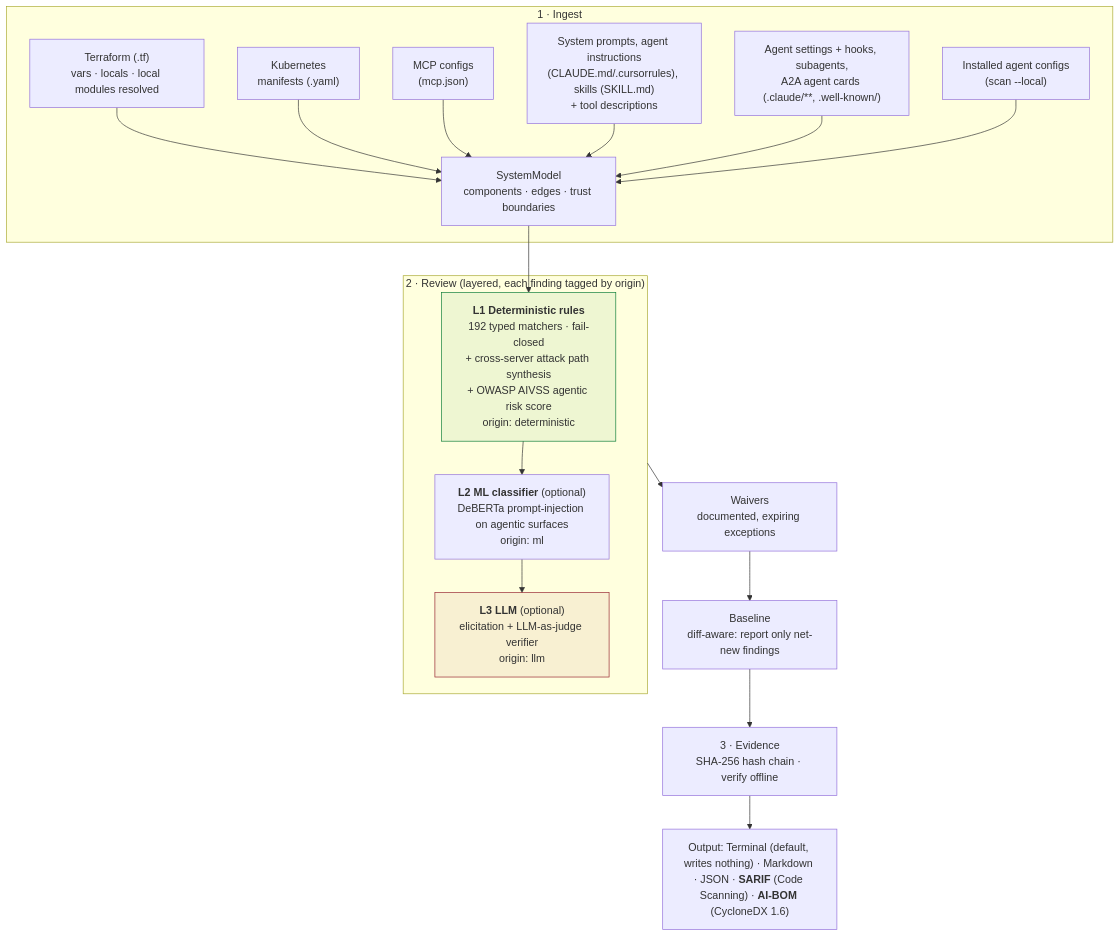
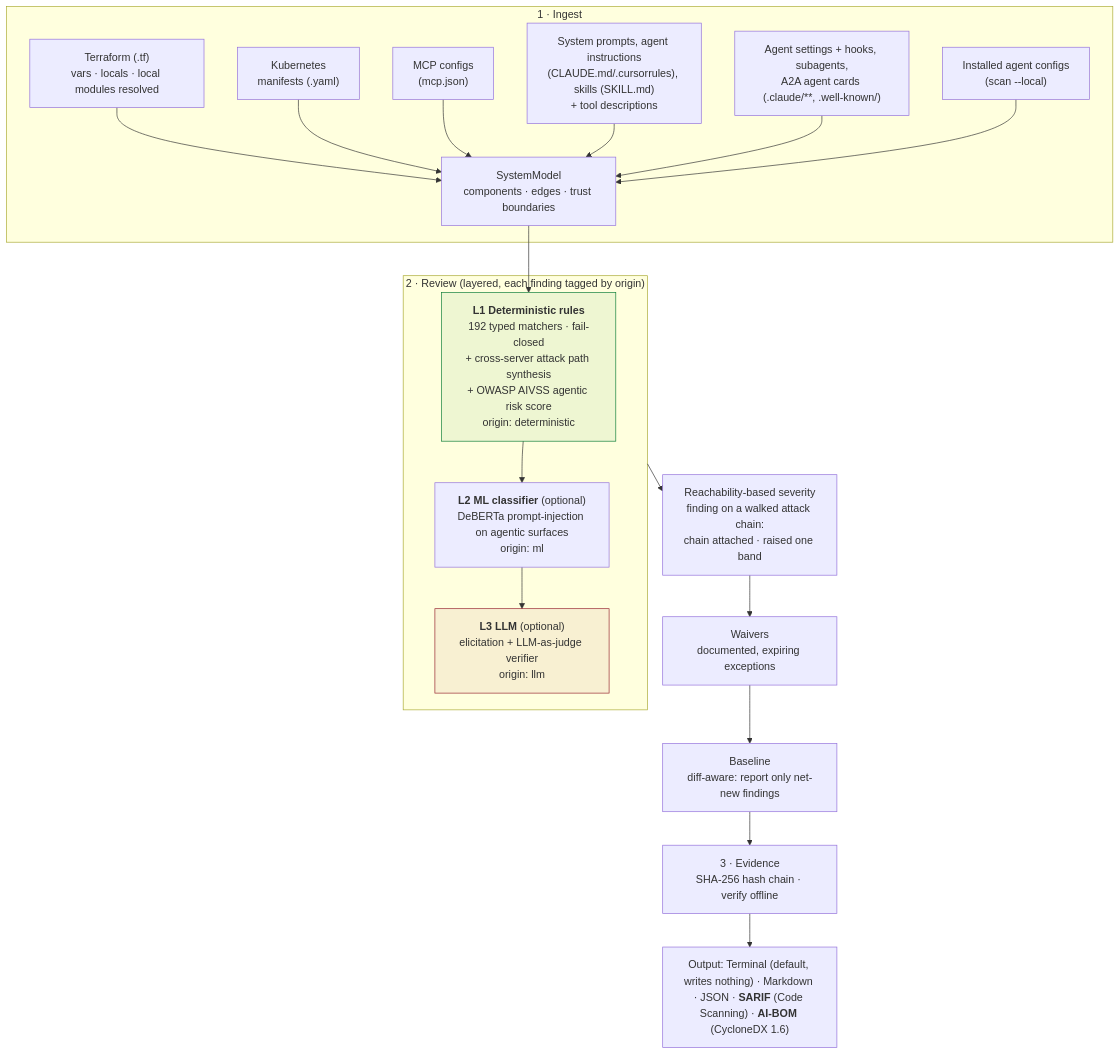
One commit to zeyadalsakhii/attestral changed the first of 4 diagrams in README.md. Above: the diagram before and after it, drawn with Mermaid. The commit also changed other lines of this file and 16 other files, not shown here.

First line of the commit message:
Add reachability-based severity: findings carry the chain that rates them

````diff
--- a/README.md
+++ b/README.md
@@ -97,25 +97,26 @@
 ```mermaid
 flowchart TB
     subgraph ING["1 · Ingest"]
         TF["Terraform (.tf)<br/>vars · locals · local modules resolved"] --> M
         K8S["Kubernetes<br/>manifests (.yaml)"] --> M
         MCP["MCP configs<br/>(mcp.json)"] --> M
         SP["System prompts, agent instructions<br/>(CLAUDE.md/.cursorrules), skills (SKILL.md)<br/>+ tool descriptions"] --> M
         AC["Agent settings + hooks, subagents,<br/>A2A agent cards (.claude/**, .well-known/)"] --> M
         LC["Installed agent configs<br/>(scan --local)"] --> M
         M["SystemModel<br/>components · edges · trust boundaries"]
     end
     M --> L1
     subgraph REV["2 · Review (layered, each finding tagged by origin)"]
         L1["<b>L1 Deterministic rules</b><br/>192 typed matchers · fail-closed<br/>+ cross-server attack path synthesis<br/>+ OWASP AIVSS agentic risk score<br/>origin: deterministic"]
         L2["<b>L2 ML classifier</b> (optional)<br/>DeBERTa prompt-injection on agentic surfaces<br/>origin: ml"]
         L3["<b>L3 LLM</b> (optional)<br/>elicitation + LLM-as-judge verifier<br/>origin: llm"]
         L1 --> L2 --> L3
     end
-    REV --> W["Waivers<br/>documented, expiring exceptions"]
+    REV --> RS["Reachability-based severity<br/>finding on a walked attack chain:<br/>chain attached · raised one band"]
+    RS --> W["Waivers<br/>documented, expiring exceptions"]
     W --> BL["Baseline<br/>diff-aware: report only net-new findings"]
     BL --> EV["3 · Evidence<br/>SHA-256 hash chain · verify offline"]
     EV --> OUT["Output: Terminal (default, writes nothing) · Markdown · JSON · <b>SARIF</b> (Code Scanning) · <b>AI-BOM</b> (CycloneDX 1.6)"]
     style L1 fill:#0a7d3611,stroke:#0a7d36
     style L3 fill:#96222E11,stroke:#96222E
 ```
````
